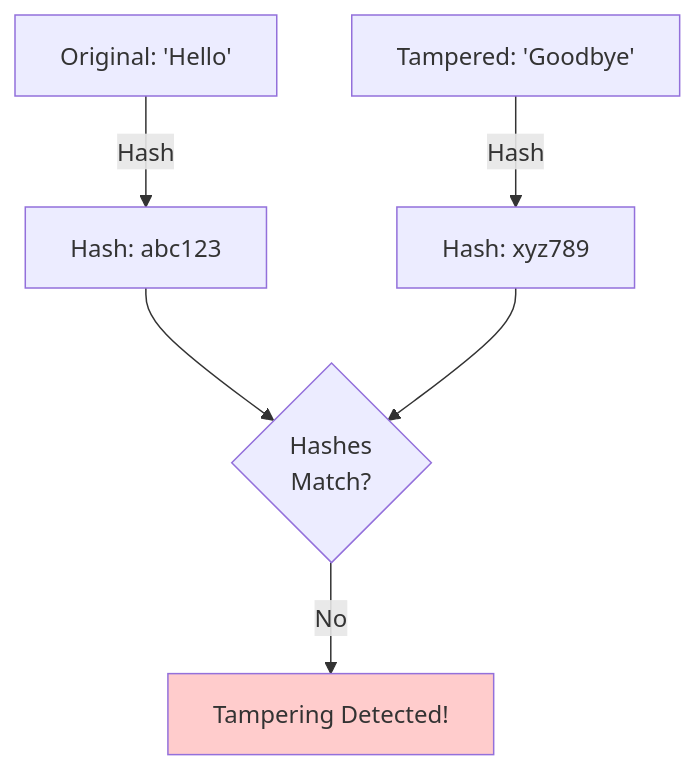
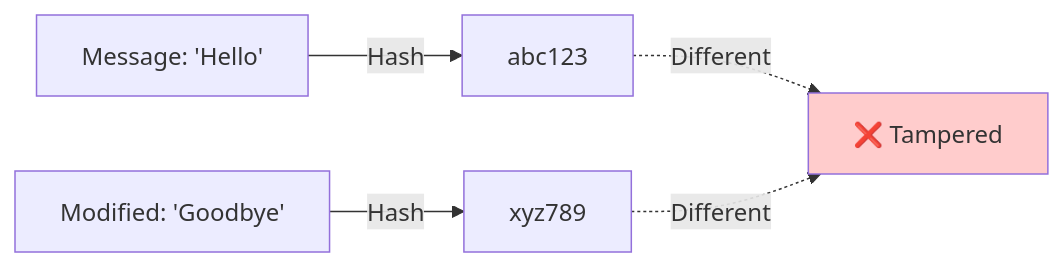
The tenth of 10 diagrams in slides/week-12-spring-ai/slides.md (kousen/software-design-course), drawn with Mermaid before and after one commit. The commit also changed other lines of this file, not shown here.

Commit message:
Fix Message Integrity diagram overflow on slide 34
- Change from vertical (TD) to horizontal (LR) flowchart
- Remove v-clicks section to reduce vertical space
- Simplify to show two messages producing different hashes
- Add dotted lines pointing to tamper detection result
- Move key insight to single line below diagram

Diagram now fits in viewport without cutting off.

🤖 Generated with [Claude Code](https://claude.com/claude-code)

````diff
--- a/slides/week-12-spring-ai/slides.md
+++ b/slides/week-12-spring-ai/slides.md
@@ -852,11 +852,9 @@
 ```mermaid
-flowchart TD
-    A[Original: 'Hello'] -->|Hash| B[Hash: abc123]
-    C[Tampered: 'Goodbye'] -->|Hash| D[Hash: xyz789]
+flowchart LR
+    A[Message: 'Hello'] -->|Hash| B[abc123]
+    C[Modified: 'Goodbye'] -->|Hash| D[xyz789]
+    B -.->|Different| E[❌ Tampered]
+    D -.->|Different| E
 
-    B --> E{Hashes<br/>Match?}
-    D --> E
-    E -->|No| F[Tampering Detected!]
-
-    style F fill:#ffcccc
+    style E fill:#ffcccc
 ```
````
